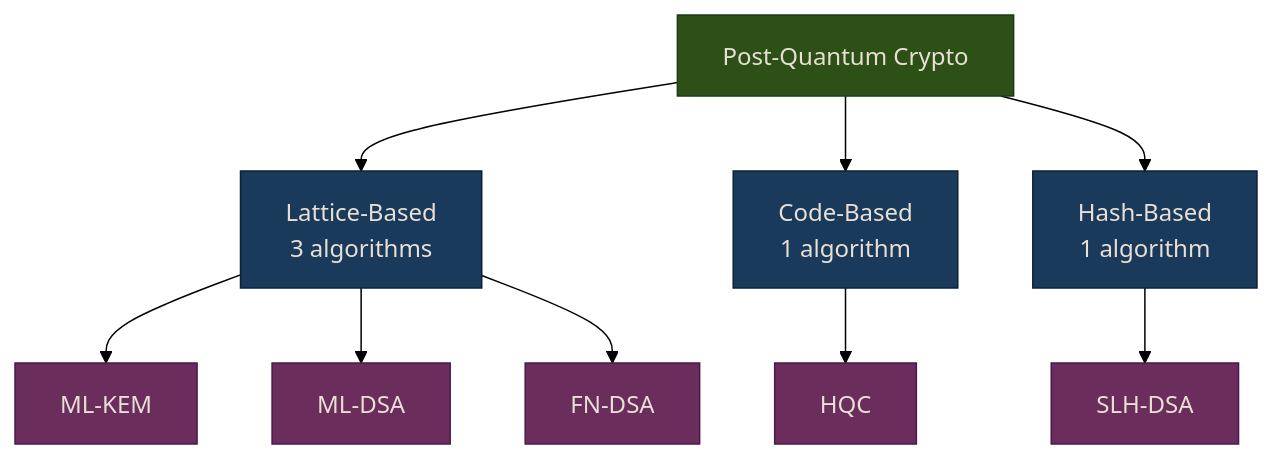
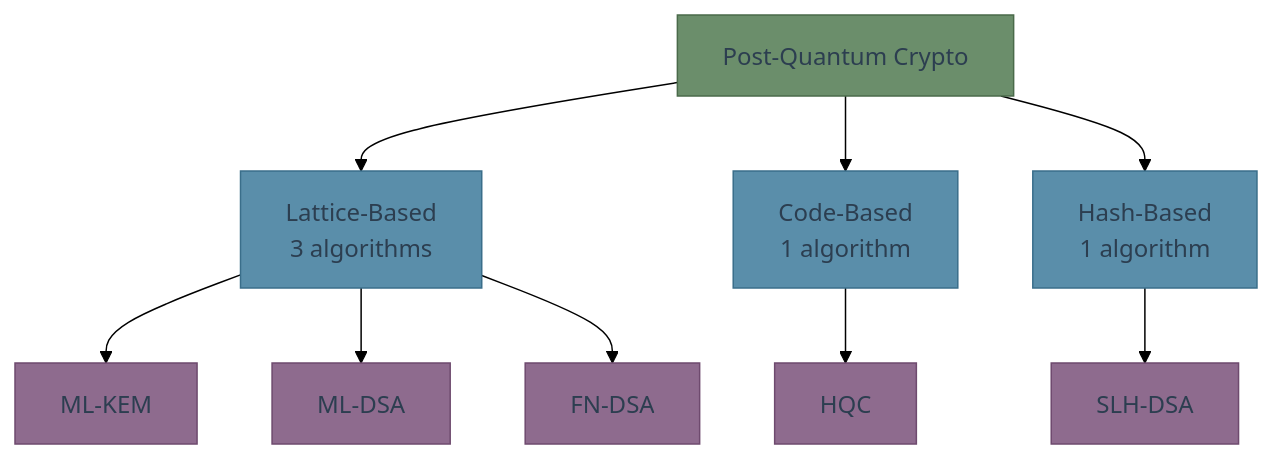
Before and after one commit to MichaelTien8901/pqc-engineering-guide: the second of 2 diagrams in 02-pqc-algorithms.md, drawn with Mermaid (forest theme). The commit also changed other lines of this file and 8 other files, not shown here.

First line of the commit message:
Fix Mermaid paper-like styling matching reference project

````diff
--- a/02-pqc-algorithms.md
+++ b/02-pqc-algorithms.md
@@ -48,19 +48,19 @@
 ```mermaid
 flowchart TD
     PQC[Post-Quantum Crypto] --> LAT[Lattice-Based<br/>3 algorithms]
     PQC --> CODE[Code-Based<br/>1 algorithm]
     PQC --> HASH[Hash-Based<br/>1 algorithm]
     LAT --> MLKEM[ML-KEM]
     LAT --> MLDSA[ML-DSA]
     LAT --> FNDSA[FN-DSA]
     CODE --> HQC2[HQC]
     HASH --> SLHDSA[SLH-DSA]
 
-    classDef root fill:#2d5016,stroke:#1a3a1a,color:#e8e0d4
-    classDef family fill:#1a3a5c,stroke:#0d2137,color:#e8e0d4
-    classDef algo fill:#6b2d5b,stroke:#4a1a4a,color:#e8e0d4
+    classDef root fill:#6b8e6b,stroke:#4a6a4a,color:#2c3e50
+    classDef family fill:#5a8eaa,stroke:#3a6e8a,color:#2c3e50
+    classDef algo fill:#8e6b8e,stroke:#6e4a6e,color:#2c3e50
 
     class PQC root
     class LAT,CODE,HASH family
     class MLKEM,MLDSA,FNDSA,HQC2,SLHDSA algo
 ```
````
